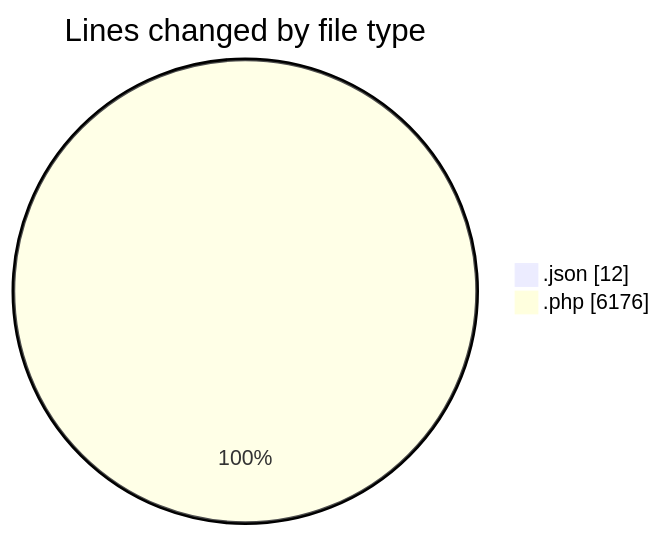
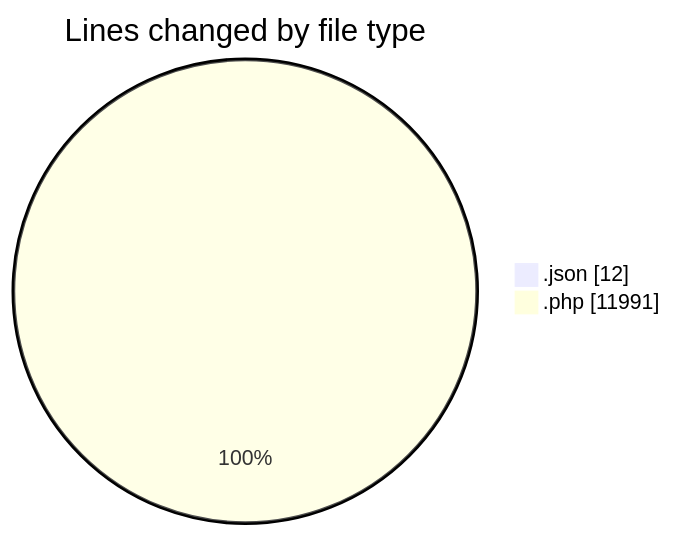
One commit to vahidmafi/code-tracking changed the first of 2 diagrams in 2025-01-24/zeytoon/README.md. Above: the diagram before and after it, drawn with Mermaid. The commit also changed other lines of this file and 1 other file, not shown here.

````diff
--- a/2025-01-24/zeytoon/README.md
+++ b/2025-01-24/zeytoon/README.md
@@ -26,6 +40,6 @@
 ```mermaid
 pie showData
 title Lines changed by file type
 ".json" : 12
-".php" : 6176
+".php" : 11991
 ```
````
